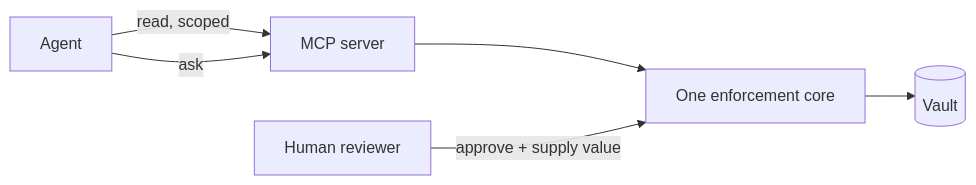
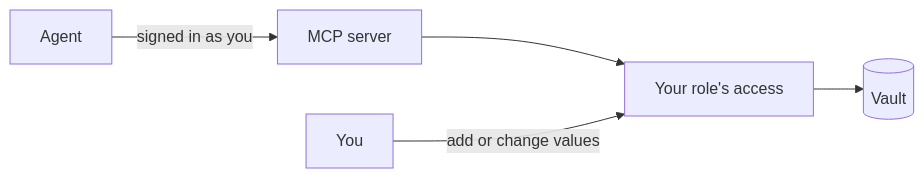
One commit to rafay99-epic/envpilot.dev changed the diagram in apps/docs/content/guides/agents.mdx. Above: the diagram before and after it, drawn with Mermaid. The commit also changed other lines of this file and 63 other files, not shown here.

````diff
--- a/apps/docs/content/guides/agents.mdx
+++ b/apps/docs/content/guides/agents.mdx
@@ -13,8 +13,7 @@
 ```mermaid
 flowchart LR
-    A[Agent] -->|read, scoped| M[MCP server]
-    A -->|ask| M
-    M --> C[One enforcement core]
+    A[Agent] -->|signed in as you| M[MCP server]
+    M --> C[Your role's access]
     C --> V[(Vault)]
-    R[Human reviewer] -->|approve + supply value| C
+    H[You] -->|add or change values| C
 ```
````
